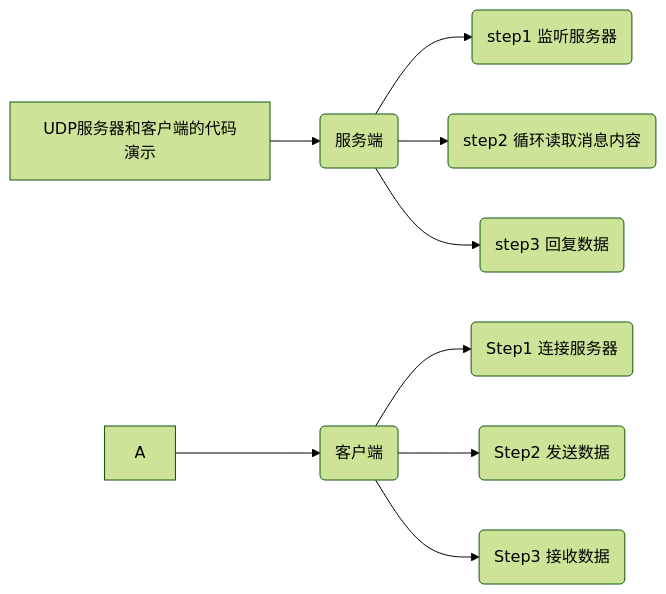
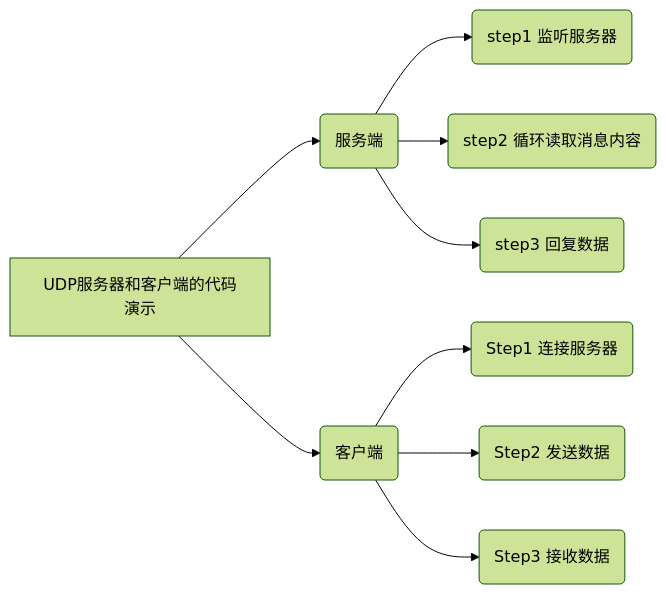
The diagram in day2.md (sunnyMlon/microGo), drawn with Mermaid (forest theme) before and after one commit.

Commit message:
3 谷歌浏览器配置githug_mermaid插件 + 修改流程图 graph

````diff
--- a/day2.md
+++ b/day2.md
@@ -9,11 +9,11 @@
      ```mermaid
          graph LR
-             A1[UDP服务器和客户端的代码演示]-->B1(服务端)
+             A[UDP服务器和客户端的代码演示]-->B1(服务端)
              B1-->C1(step1 监听服务器)
              B1-->C2(step2 循环读取消息内容)
              B1-->C3(step3 回复数据)
              A-->B2(客户端)
              B2-->C4(Step1 连接服务器)
              B2-->C5(Step2 发送数据)
              B2-->C6(Step3 接收数据)
      ```
````
